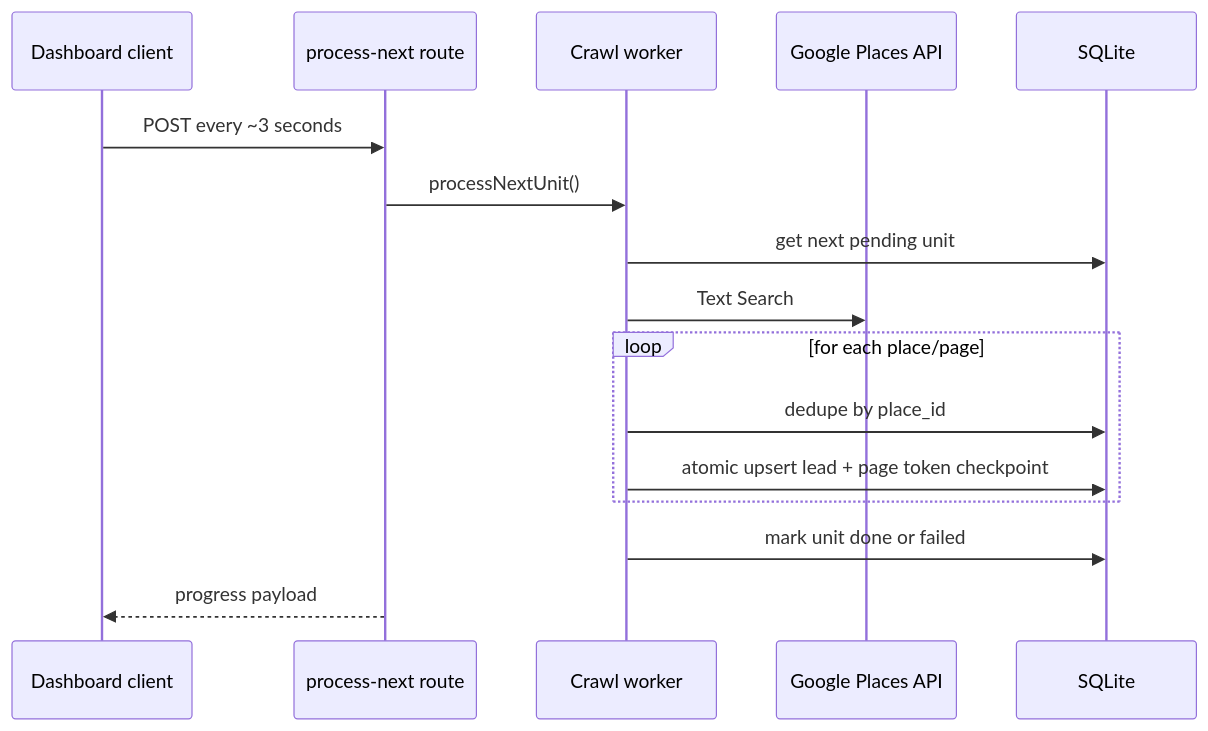
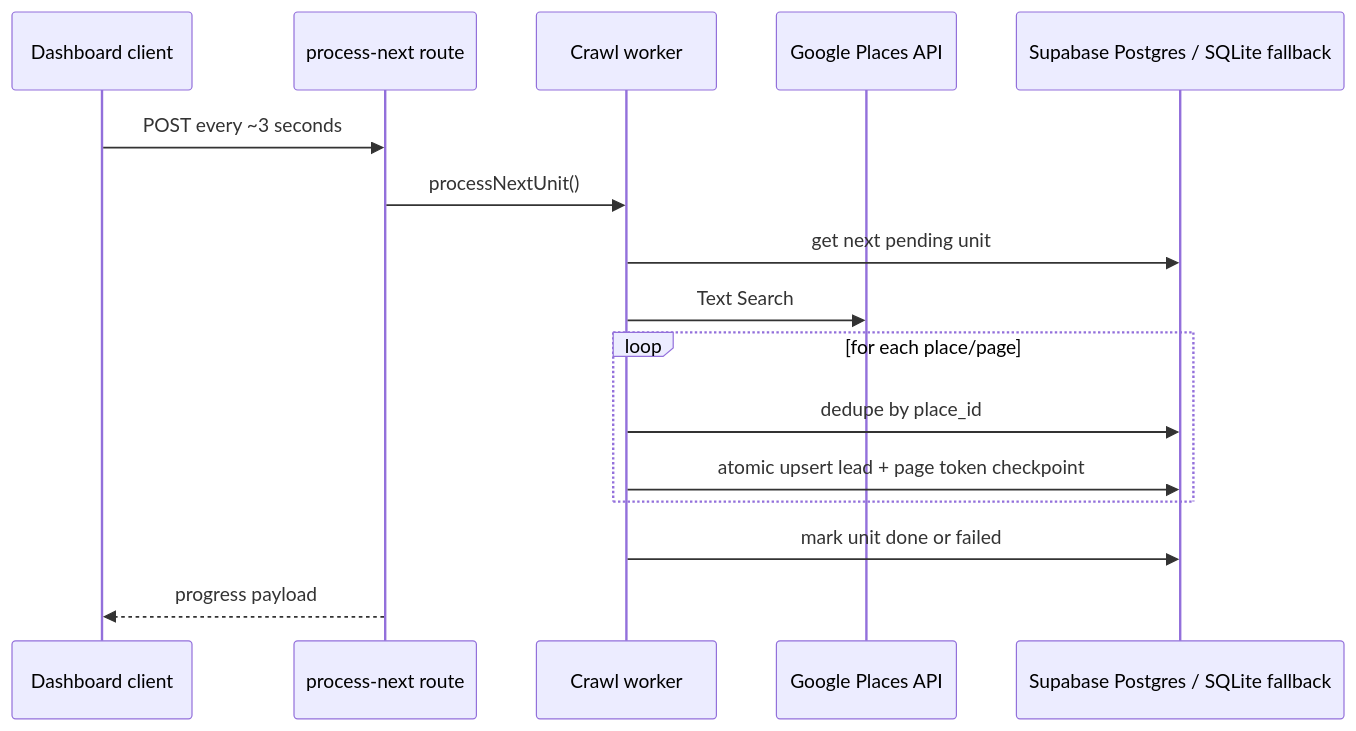
The third of 4 diagrams in docs/ULTRA_SYSTEM_ATLAS.md (gfd26k6879-cloud/nova-trade-lead-management), drawn with Mermaid before and after one commit. The commit also changed other lines of this file and 109 other files, not shown here.

````diff
--- a/docs/ULTRA_SYSTEM_ATLAS.md
+++ b/docs/ULTRA_SYSTEM_ATLAS.md
@@ -88,19 +88,19 @@
 ```mermaid
 sequenceDiagram
   participant UI as Dashboard client
   participant API as process-next route
   participant W as Crawl worker
   participant GP as Google Places API
-  participant DB as SQLite
+  participant DB as Supabase Postgres / SQLite fallback
 
   UI->>API: POST every ~3 seconds
   API->>W: processNextUnit()
   W->>DB: get next pending unit
   W->>GP: Text Search
   loop for each place/page
     W->>DB: dedupe by place_id
     W->>DB: atomic upsert lead + page token checkpoint
   end
   W->>DB: mark unit done or failed
   API-->>UI: progress payload
 ```
````
